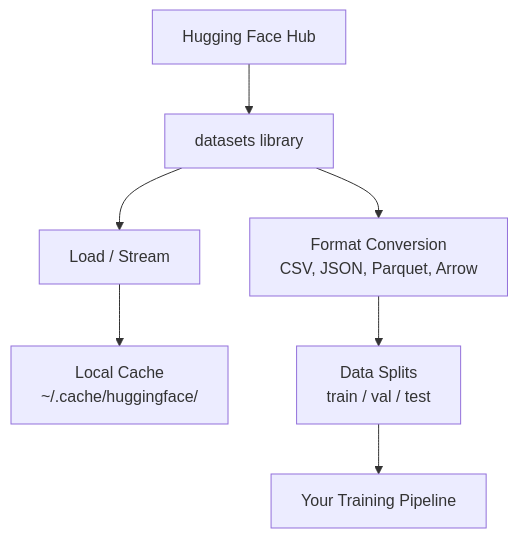
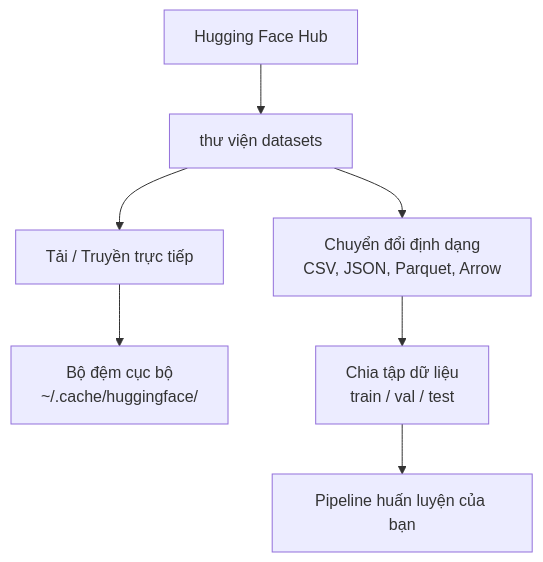
One commit to Huong002/ai-engineering-from-scratch changed the diagram in phases/00-setup-and-tooling/09-data-management/docs/vi.md. Above: the diagram before and after it, drawn with Mermaid. The commit also changed 6 other files, not shown here.

First line of the commit message:
docs(vi): translate the remaining English labels in mermaid diagrams

````diff
--- a/phases/00-setup-and-tooling/09-data-management/docs/vi.md
+++ b/phases/00-setup-and-tooling/09-data-management/docs/vi.md
@@ -23,9 +23,9 @@
 ```mermaid
 graph TD
-    A["Hugging Face Hub"] --> B["datasets library"]
-    B --> C["Load / Stream"]
-    C --> D["Local Cache<br/>~/.cache/huggingface/"]
-    B --> E["Format Conversion<br/>CSV, JSON, Parquet, Arrow"]
-    E --> F["Data Splits<br/>train / val / test"]
-    F --> G["Your Training Pipeline"]
+    A["Hugging Face Hub"] --> B["thư viện datasets"]
+    B --> C["Tải / Truyền trực tiếp"]
+    C --> D["Bộ đệm cục bộ<br/>~/.cache/huggingface/"]
+    B --> E["Chuyển đổi định dạng<br/>CSV, JSON, Parquet, Arrow"]
+    E --> F["Chia tập dữ liệu<br/>train / val / test"]
+    F --> G["Pipeline huấn luyện của bạn"]
 ```
````
